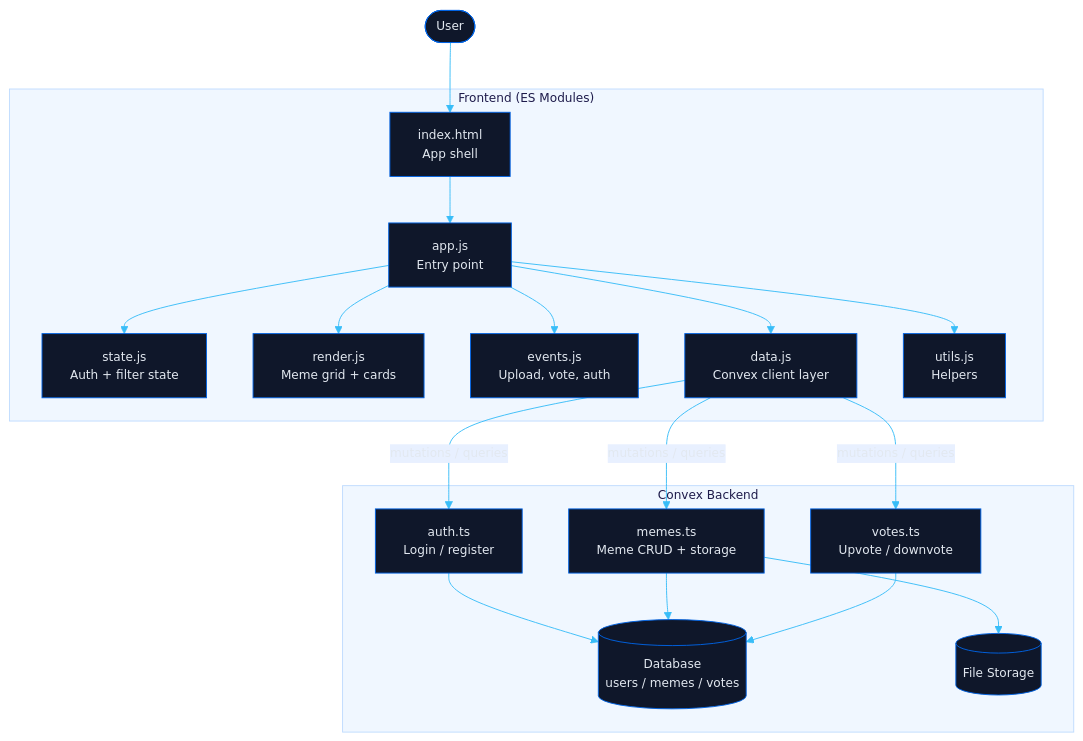
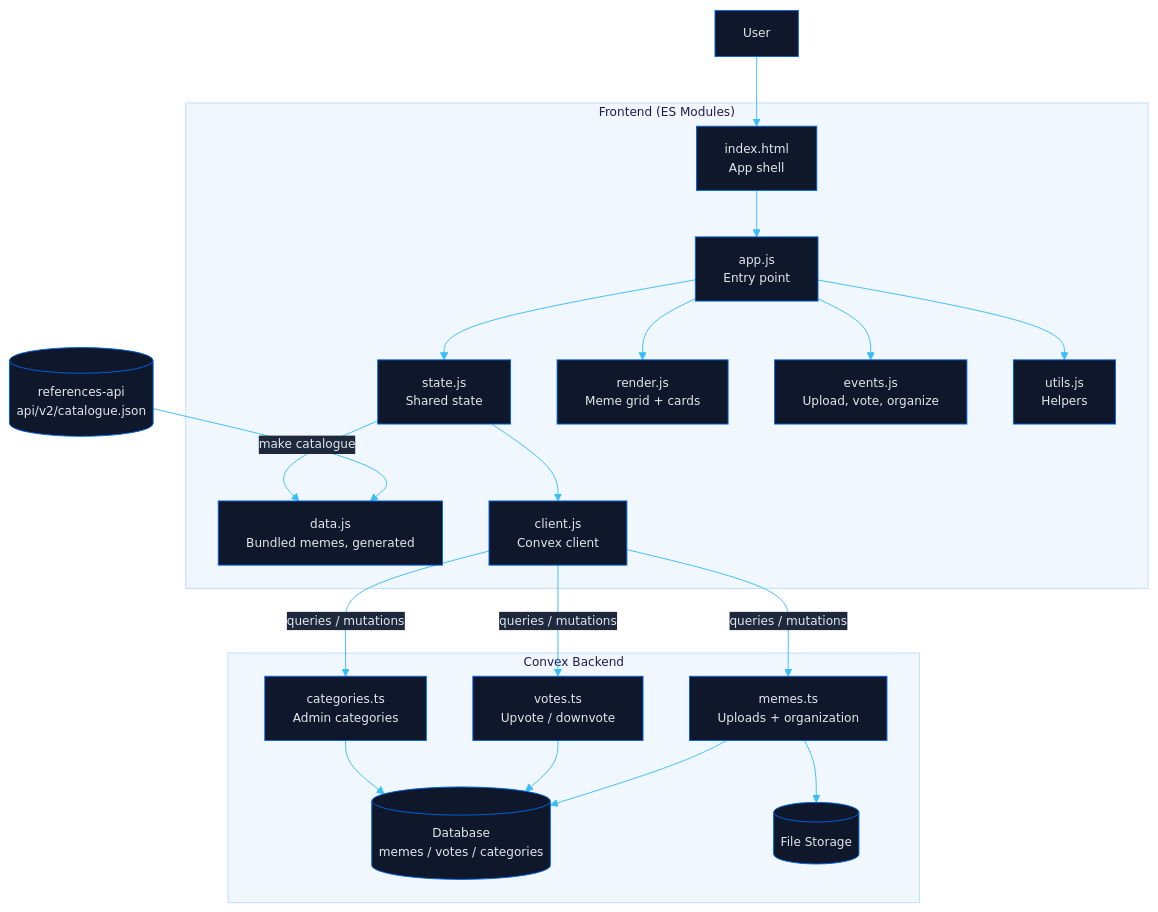
Before and after one commit to energon-a-secas/memes-site: the diagram in docs/architecture.mmd, drawn with Mermaid. The commit also changed 7 other files, not shown here.

First line of the commit message:
feat(data): Generate the bundled memes from the references catalogue

```diff
--- a/docs/architecture.mmd
+++ b/docs/architecture.mmd
@@ -1,39 +1,42 @@
 ---
 config:
+  look: classic
   theme: base
   themeVariables:
     primaryColor: "#0f172a"
     primaryTextColor: "#e2e8f0"
     primaryBorderColor: "#0063e5"
     lineColor: "#38bdf8"
     secondaryColor: "#1e293b"
     tertiaryColor: "#1e293b"
     clusterBkg: "#f0f7ff"
     clusterBorder: "#bfdbfe"
-    edgeLabelBackground: "#e8f0ff"
+    edgeLabelBackground: "#1e293b"
     mainBkg: "#0f172a"
     nodeBorder: "#0063e5"
     titleColor: "#1e1b4b"
     fontFamily: "ui-sans-serif, system-ui, -apple-system, sans-serif"
     fontSize: "13px"
 ---
 
 flowchart TB
-    User([User]) --> HTML["index.html\nApp shell"]
+    User["User"] --> HTML["index.html<br>App shell"]
+    Catalogue[("references-api<br>api/v2/catalogue.json")] -->|"make catalogue"| data
 
     subgraph Frontend["Frontend (ES Modules)"]
-        HTML --> app["app.js\nEntry point"]
-        app --> state["state.js\nAuth + filter state"]
-        app --> render["render.js\nMeme grid + cards"]
-        app --> events["events.js\nUpload, vote, auth"]
-        app --> data["data.js\nConvex client layer"]
-        app --> utils["utils.js\nHelpers"]
+        HTML --> app["app.js<br>Entry point"]
+        app --> state["state.js<br>Shared state"]
+        app --> render["render.js<br>Meme grid + cards"]
+        app --> events["events.js<br>Upload, vote, organize"]
+        state --> data["data.js<br>Bundled memes, generated"]
+        state --> client["client.js<br>Convex client"]
+        app --> utils["utils.js<br>Helpers"]
     end
 
     subgraph Convex["Convex Backend"]
-        data -->|"mutations / queries"| auth["auth.ts\nLogin / register"]
-        data -->|"mutations / queries"| memes["memes.ts\nMeme CRUD + storage"]
-        data -->|"mutations / queries"| votes["votes.ts\nUpvote / downvote"]
-        auth & memes & votes --> DB[("Database\nusers / memes / votes")]
+        client -->|"queries / mutations"| memes["memes.ts<br>Uploads + organization"]
+        client -->|"queries / mutations"| votes["votes.ts<br>Upvote / downvote"]
+        client -->|"queries / mutations"| categories["categories.ts<br>Admin categories"]
+        memes & votes & categories --> DB[("Database<br>memes / votes / categories")]
         memes --> FS[("File Storage")]
     end
```
